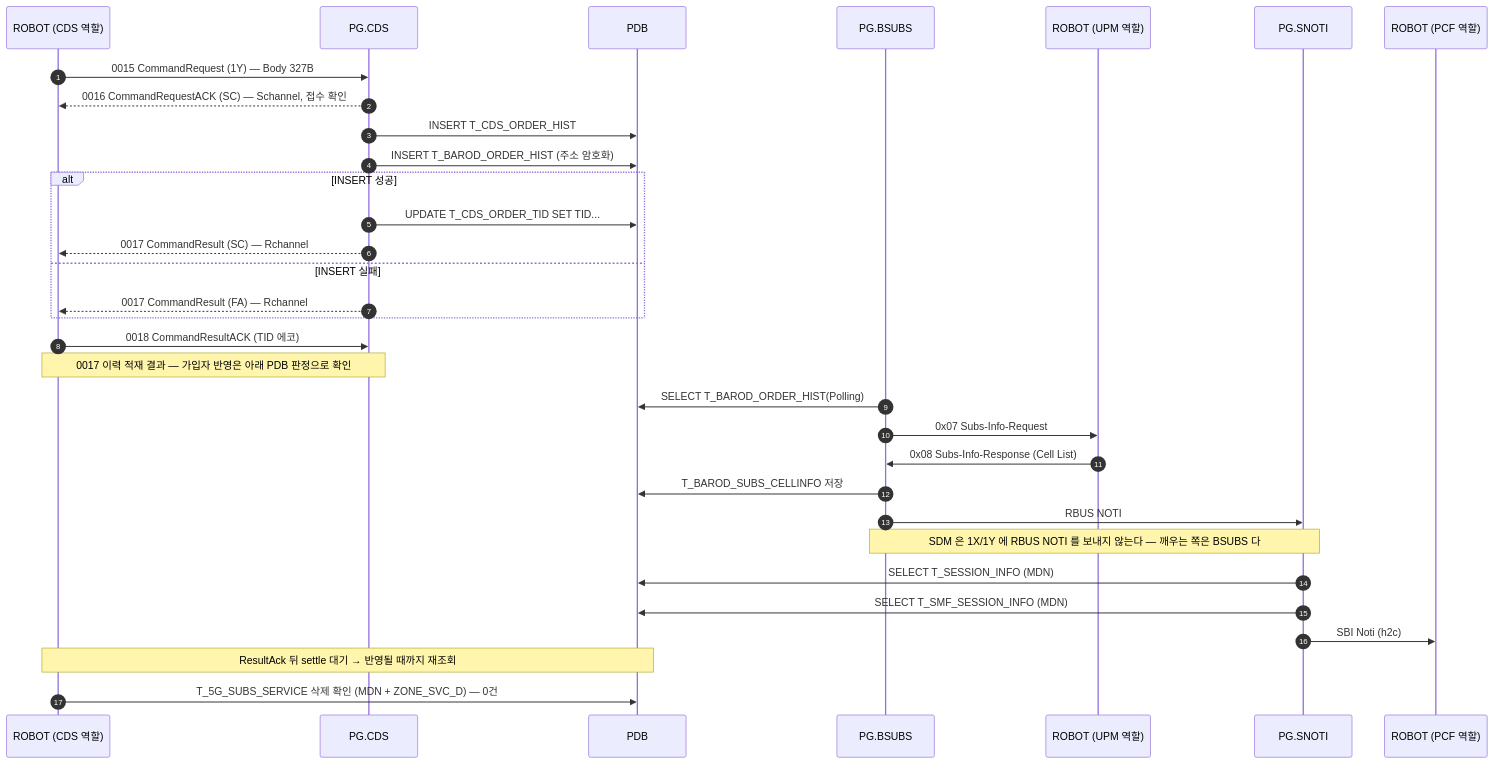
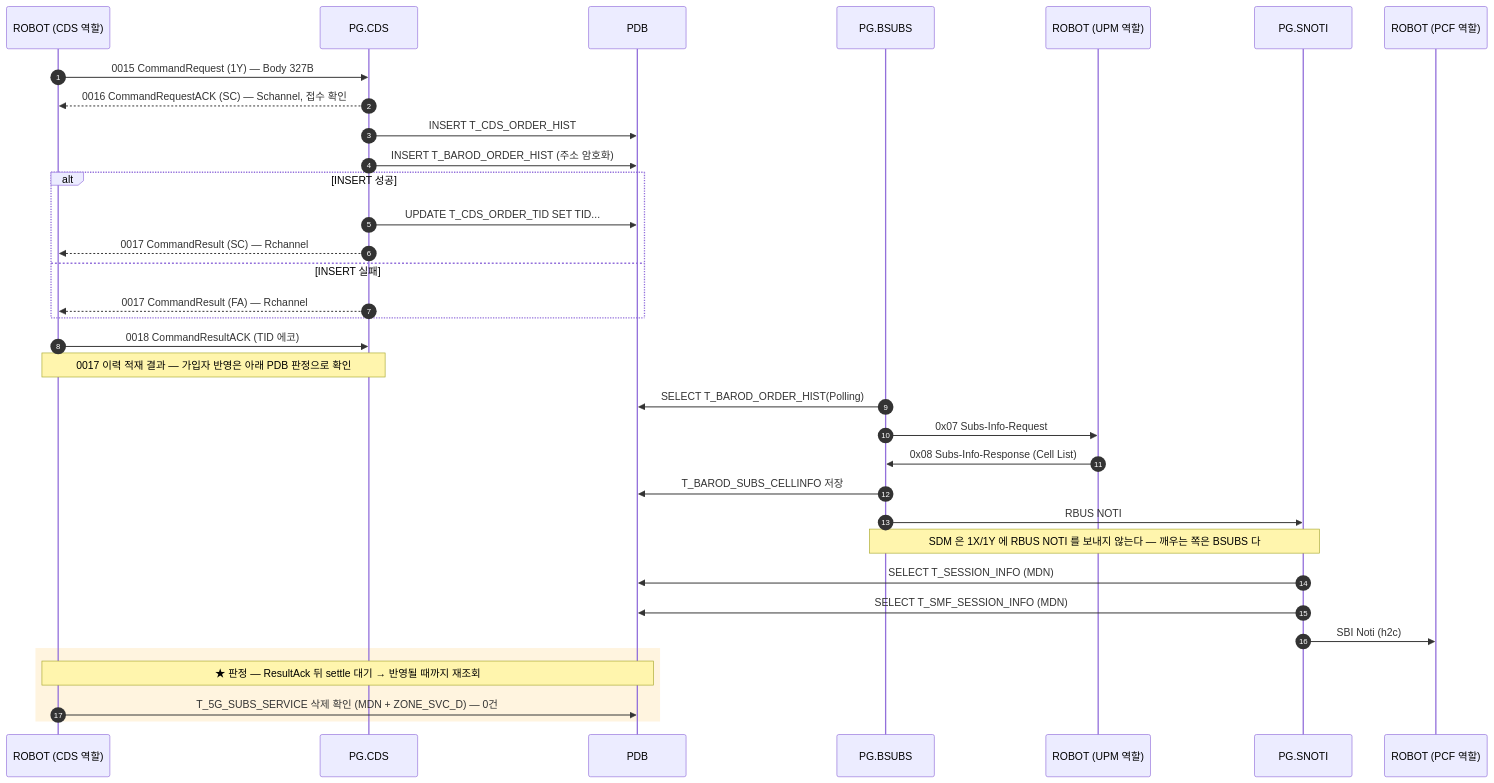
Before and after one commit to IanKim2030/tc4robot: the diagram in docs/callflow/CDS_1Y.md, drawn with Mermaid. The commit also changed 19 other files, not shown here.

````diff
--- a/docs/callflow/CDS_1Y.md
+++ b/docs/callflow/CDS_1Y.md
@@ -17,36 +17,38 @@
 ```mermaid
 sequenceDiagram
     autonumber
     participant TOOL as ROBOT (CDS 역할)
     participant PCDS as PG.CDS
     participant PDB as PDB
     participant BSUBS as PG.BSUBS
     participant UPM as ROBOT (UPM 역할)
     participant SNOTI as PG.SNOTI
     participant PCF as ROBOT (PCF 역할)
 
     TOOL->>PCDS: 0015 CommandRequest (1Y) — Body 327B
     PCDS-->>TOOL: 0016 CommandRequestACK (SC) — Schannel, 접수 확인
     PCDS->>PDB: INSERT T_CDS_ORDER_HIST
     PCDS->>PDB: INSERT T_BAROD_ORDER_HIST (주소 암호화)
     alt INSERT 성공
         PCDS->>PDB: UPDATE T_CDS_ORDER_TID SET TID...
         PCDS-->>TOOL: 0017 CommandResult (SC) — Rchannel
     else INSERT 실패
         PCDS-->>TOOL: 0017 CommandResult (FA) — Rchannel
     end
     TOOL->>PCDS: 0018 CommandResultACK (TID 에코)
     Note over TOOL,PCDS: 0017 이력 적재 결과 — 가입자 반영은 아래 PDB 판정으로 확인
 
     BSUBS->>PDB: SELECT T_BAROD_ORDER_HIST(Polling)
     BSUBS->>UPM: 0x07 Subs-Info-Request
     UPM->>BSUBS: 0x08 Subs-Info-Response (Cell List)
     BSUBS->>PDB: T_BAROD_SUBS_CELLINFO 저장
     BSUBS->>SNOTI: RBUS NOTI
     Note over BSUBS,SNOTI: SDM 은 1X/1Y 에 RBUS NOTI 를 보내지 않는다 — 깨우는 쪽은 BSUBS 다
     SNOTI->>PDB: SELECT T_SESSION_INFO (MDN)
     SNOTI->>PDB: SELECT T_SMF_SESSION_INFO (MDN)
     SNOTI->>PCF: SBI Noti (h2c)
-    Note over TOOL,PDB: ResultAck 뒤 settle 대기 → 반영될 때까지 재조회
-    TOOL->>PDB: T_5G_SUBS_SERVICE 삭제 확인 (MDN + ZONE_SVC_D) — 0건
+    rect rgba(255, 176, 32, 0.14)
+    Note over TOOL,PDB: ★ 판정 — ResultAck 뒤 settle 대기 → 반영될 때까지 재조회
+        TOOL->>PDB: T_5G_SUBS_SERVICE 삭제 확인 (MDN + ZONE_SVC_D) — 0건
+    end
 ```
````
